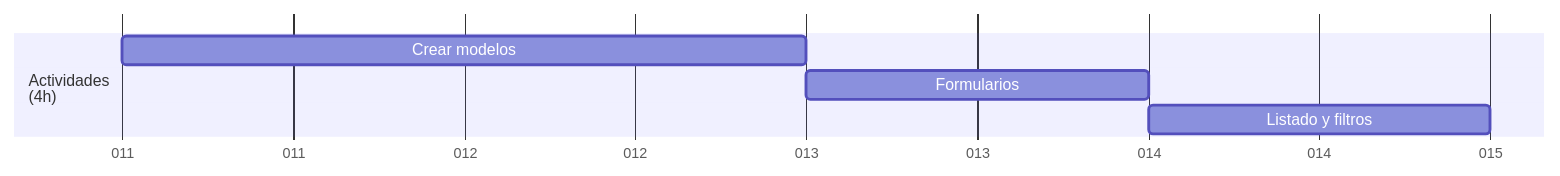
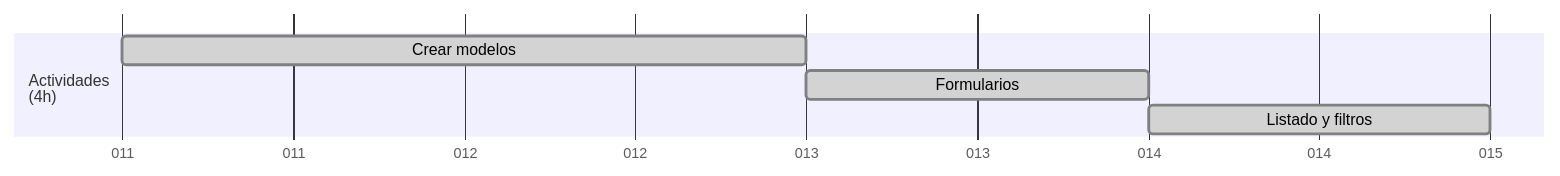
Before and after one commit to Covija97/badentracker: the third of 9 diagrams in .md/readme.md, drawn with Mermaid. The commit also changed other lines of this file, not shown here.

````diff
--- a/.md/readme.md
+++ b/.md/readme.md
@@ -47,10 +47,10 @@
 ```mermaid
 gantt
     dateFormat  DDD
     axisFormat %j
 
     section Actividades<br>(4h)
-    Crear modelos               : 01-11, 2d
-    Formularios                 : 01-13, 1d
-    Listado y filtros           : 01-14, 1d
+    Crear modelos               :done, 01-11, 2d
+    Formularios                 :done, 01-13, 1d
+    Listado y filtros           :done, 01-14, 1d
 ```
````
